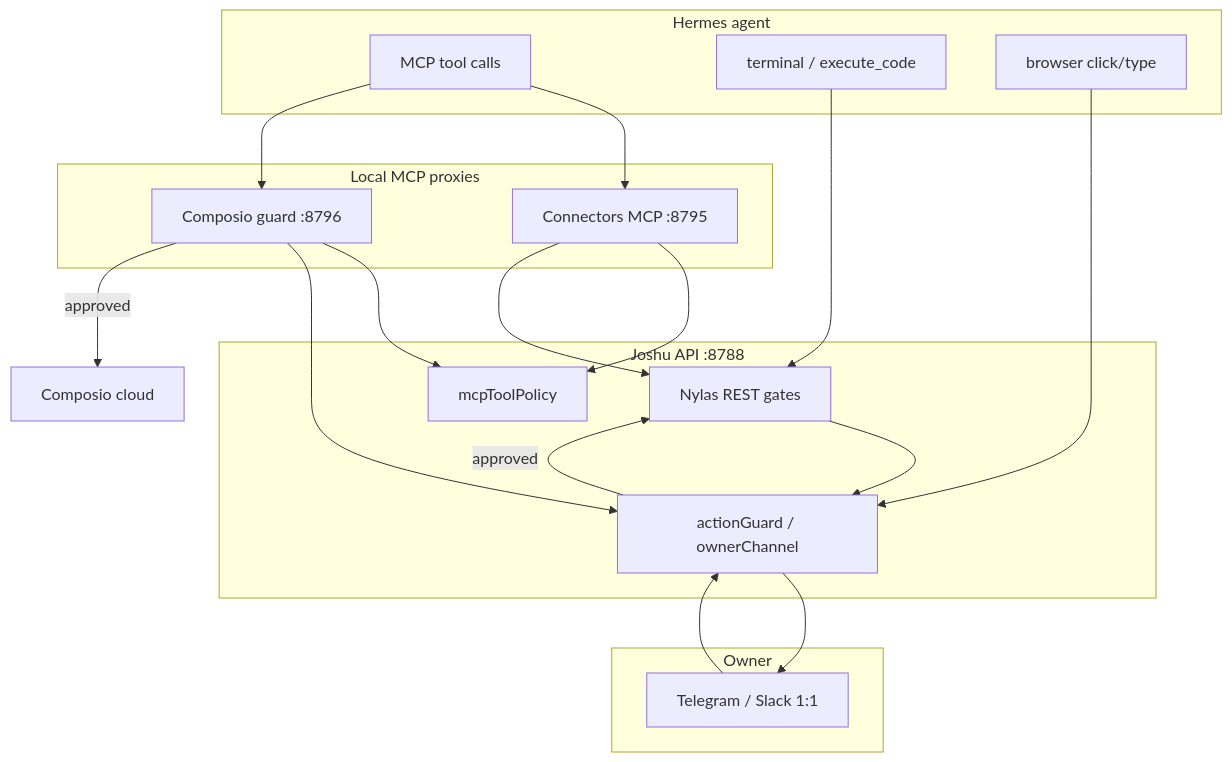
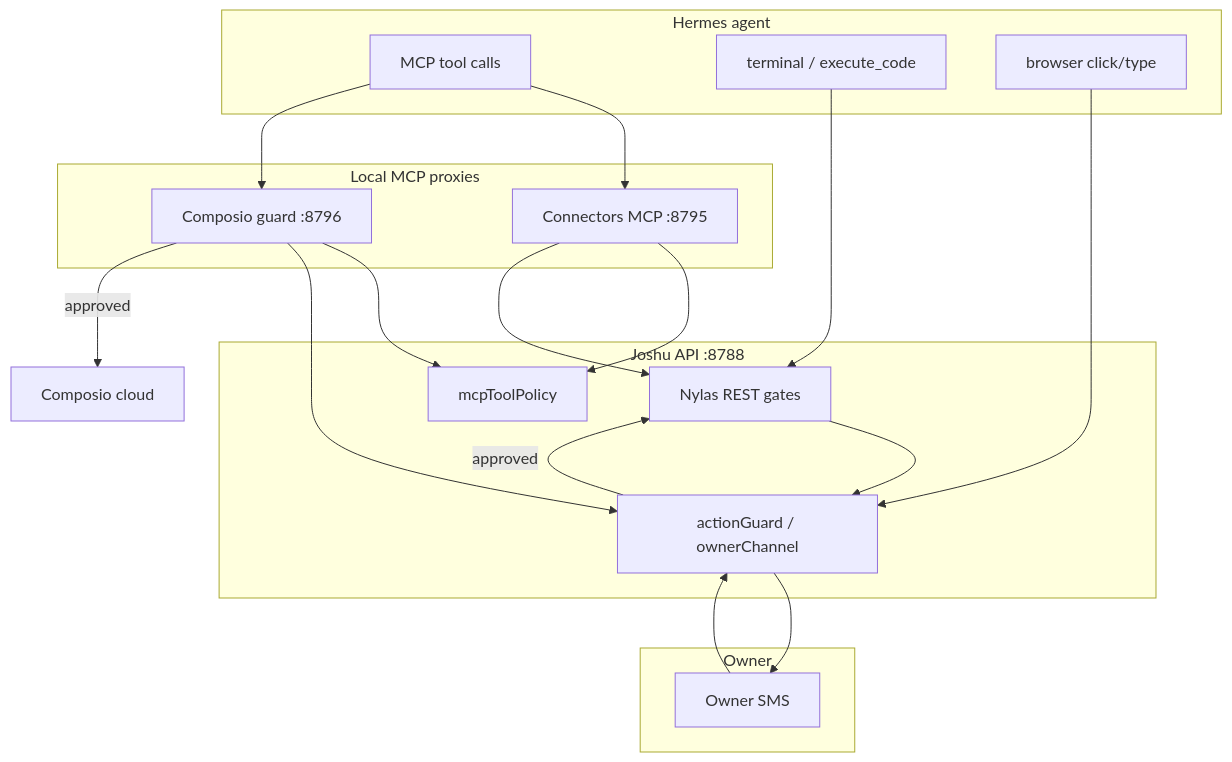
Before and after one commit to BeatusMomentum/joshu-oss: the diagram in docs/agent-safety.md, drawn with Mermaid. The commit also changed other lines of this file and 47 other files, not shown here.

First line of the commit message:
Sync OSS snapshot: SMS-only action-guard HITL and owner-mobile capture.

````diff
--- a/docs/agent-safety.md
+++ b/docs/agent-safety.md
@@ -40,37 +40,37 @@
 ```mermaid
 flowchart TB
   subgraph agent [Hermes agent]
     MCP[MCP tool calls]
     Term[terminal / execute_code]
     Browser[browser click/type]
   end
 
   subgraph proxies [Local MCP proxies]
     Conn[Connectors MCP :8795]
     CompGuard[Composio guard :8796]
   end
 
   subgraph joshu [Joshu API :8788]
     Hard[mcpToolPolicy]
     Gate[actionGuard / ownerChannel]
     REST[Nylas REST gates]
   end
 
   subgraph owner [Owner]
-    DM[Telegram / Slack 1:1]
+    SMS[Owner SMS]
   end
 
   MCP --> Conn
   MCP --> CompGuard
   Conn --> Hard
   Conn --> REST
   CompGuard --> Hard
   CompGuard --> Gate
   REST --> Gate
   Term --> REST
   Browser --> Gate
-  Gate --> DM
-  DM --> Gate
+  Gate --> SMS
+  SMS --> Gate
   Gate -->|approved| REST
   CompGuard -->|approved| ComposioCloud[Composio cloud]
 ```
````
